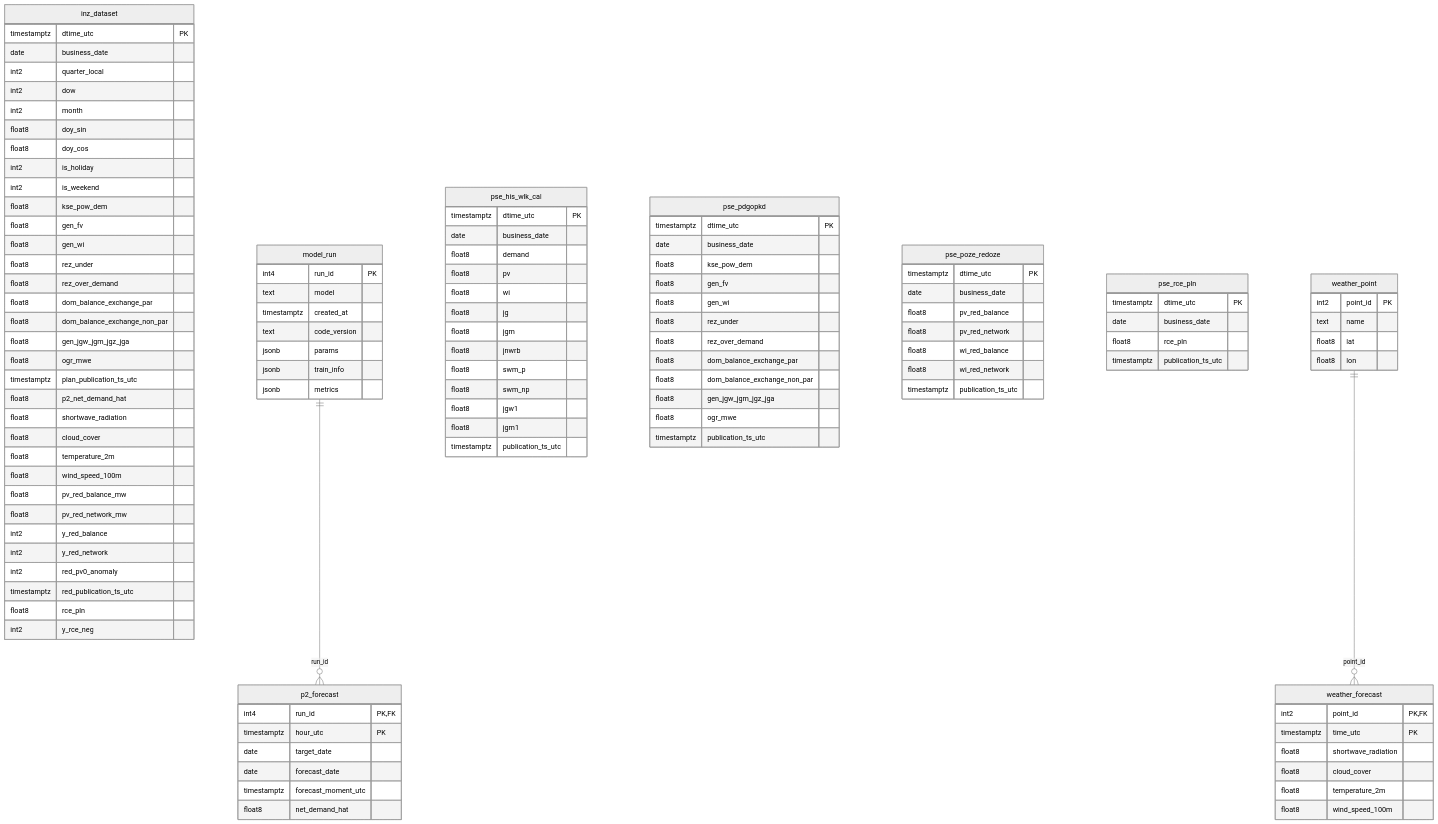
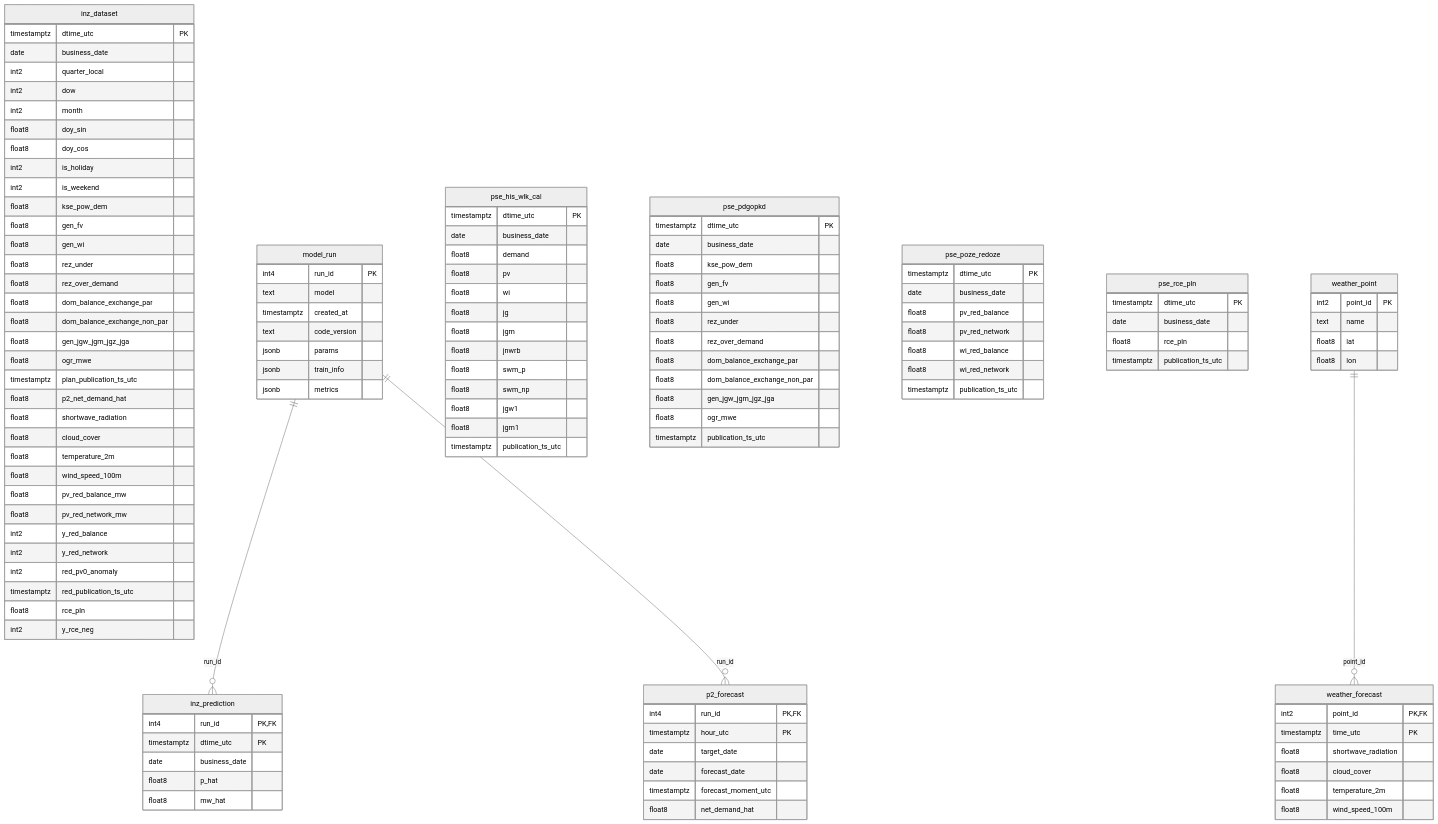
One commit to Poted/kse-forecasting changed the diagram in docs/erd.md. Above: the diagram before and after it, drawn with Mermaid (neutral theme). The commit also changed 17 other files, not shown here.

````diff
--- a/docs/erd.md
+++ b/docs/erd.md
@@ -99,6 +99,13 @@
         float8 lat
         float8 lon
     }
+    inz_prediction {
+        int4 run_id PK,FK
+        timestamptz dtime_utc PK
+        date business_date
+        float8 p_hat
+        float8 mw_hat
+    }
     p2_forecast {
         int4 run_id PK,FK
         timestamptz hour_utc PK
@@ -115,6 +122,7 @@
         float8 temperature_2m
         float8 wind_speed_100m
     }
+    model_run ||--o{ inz_prediction : "run_id"
     model_run ||--o{ p2_forecast : "run_id"
     weather_point ||--o{ weather_forecast : "point_id"
 ```
````
